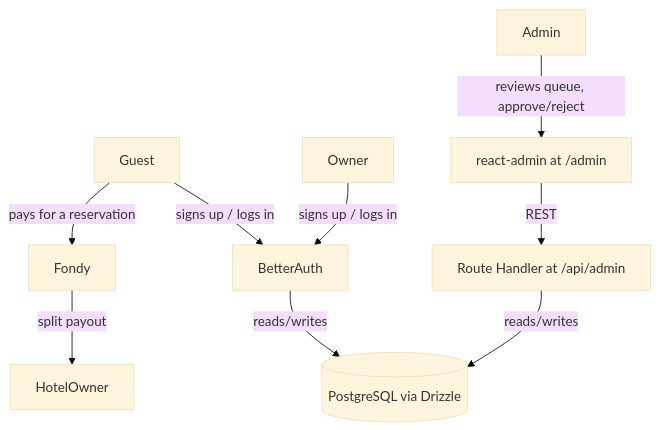
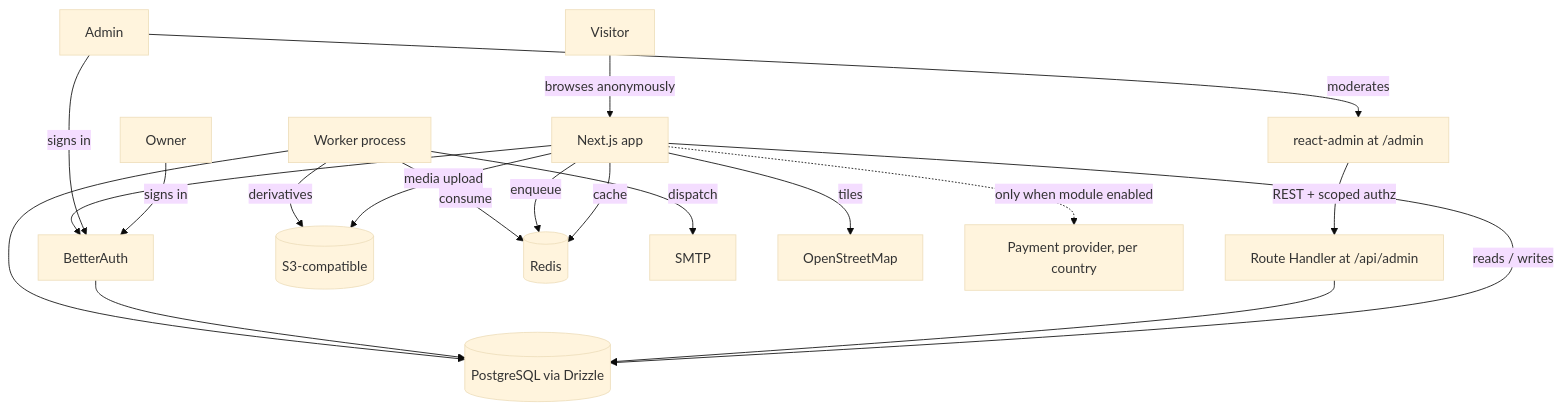
One commit to teratron/booking changed the diagram in .design/main/specifications/l2-third-party-integrations.md. Above: the diagram before and after it, drawn with Mermaid (base theme). The commit also changed other lines of this file and 28 other files, not shown here.

````diff
--- a/.design/main/specifications/l2-third-party-integrations.md
+++ b/.design/main/specifications/l2-third-party-integrations.md
@@ -169,11 +265,21 @@
 ```mermaid
 graph TD
-    Guest -->|signs up / logs in| BetterAuth
-    Owner -->|signs up / logs in| BetterAuth
-    Guest -->|pays for a reservation| Fondy
-    Fondy -->|split payout| HotelOwner
-    Admin -->|reviews queue, approve/reject| ReactAdmin[react-admin at /admin]
-    ReactAdmin -->|REST| AdminApi[Route Handler at /api/admin]
-    AdminApi -->|reads/writes| Postgres[(PostgreSQL via Drizzle)]
-    BetterAuth -->|reads/writes| Postgres
+    Visitor -->|browses anonymously| Web[Next.js app]
+    Owner -->|signs in| BetterAuth
+    Admin -->|signs in| BetterAuth
+    Web --> BetterAuth
+    Admin -->|moderates| ReactAdmin[react-admin at /admin]
+    ReactAdmin -->|REST + scoped authz| AdminApi[Route Handler at /api/admin]
+    Web -->|media upload| Storage[(S3-compatible)]
+    Web -->|reads / writes| Postgres[(PostgreSQL via Drizzle)]
+    AdminApi --> Postgres
+    BetterAuth --> Postgres
+    Web -->|cache| Redis[(Redis)]
+    Web -->|enqueue| Redis
+    Worker[Worker process] -->|consume| Redis
+    Worker --> Postgres
+    Worker -->|dispatch| Mail[SMTP]
+    Worker -->|derivatives| Storage
+    Web -->|tiles| OSM[OpenStreetMap]
+    Web -.->|only when module enabled| Payment[Payment provider, per country]
 ```
````
